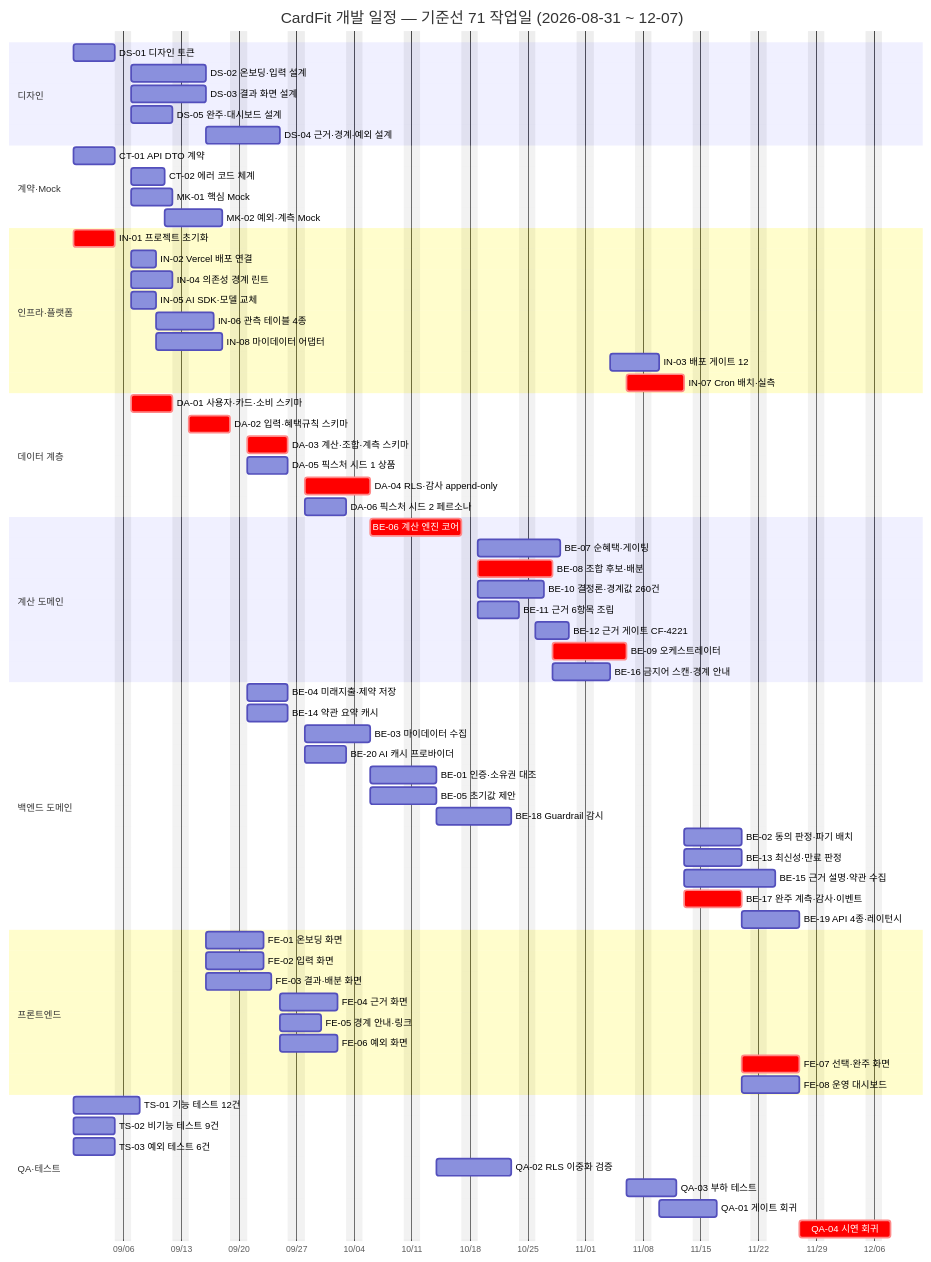
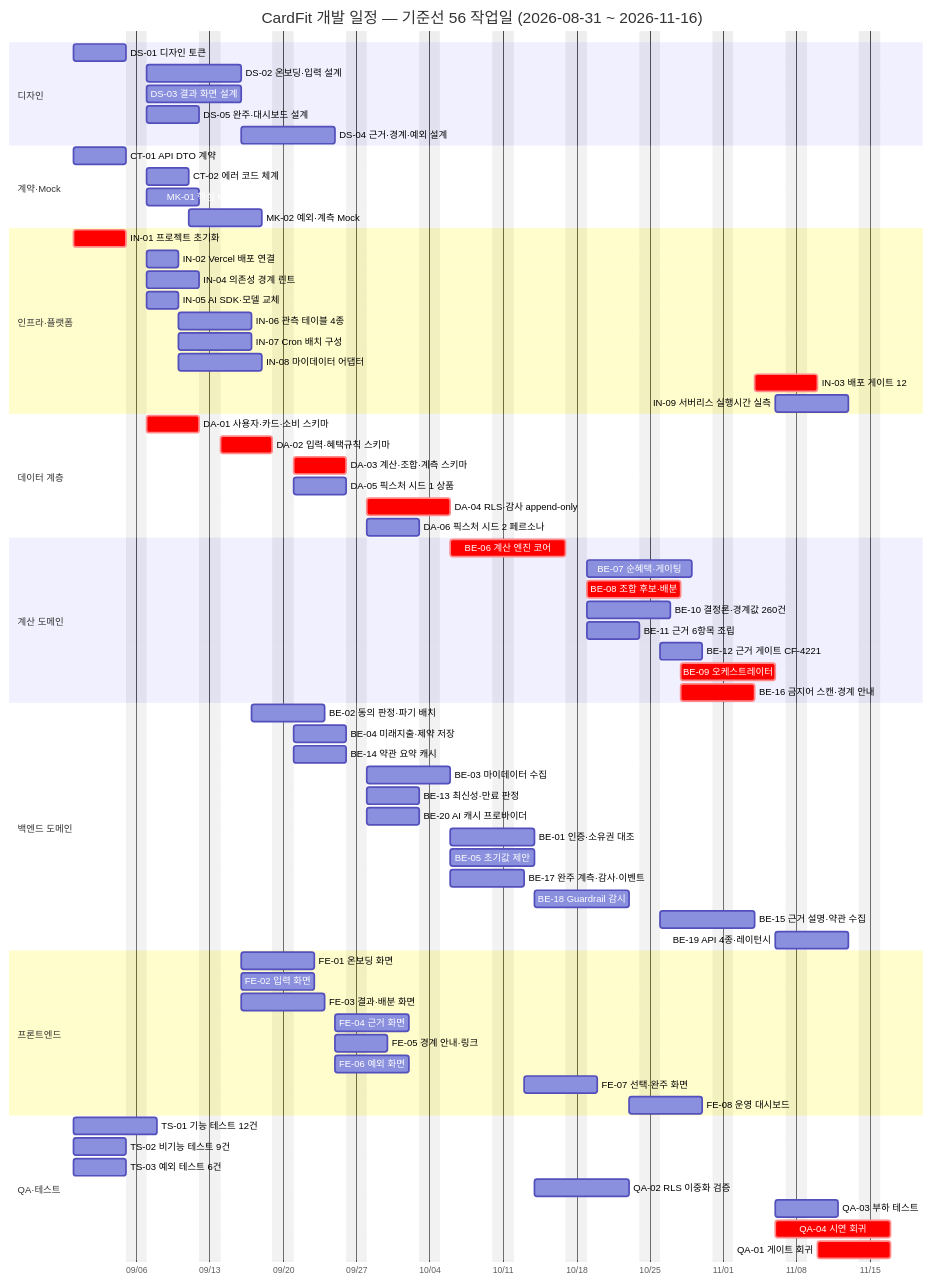
Before and after one commit to maybeaj/cardfit-prd-to-srs: the fourth of 4 diagrams in docs/[개발 실행 총괄] CardFit (한글).md, drawn with Mermaid. The commit also changed other lines of this file and 9 other files, not shown here.

````diff
--- a/docs/[개발 실행 총괄] CardFit (한글).md
+++ b/docs/[개발 실행 총괄] CardFit (한글).md
@@ -367,81 +366,82 @@
 ```mermaid
 gantt
-    title CardFit 개발 일정 — 기준선 71 작업일 (2026-08-31 ~ 12-07)
+    title CardFit 개발 일정 — 기준선 56 작업일 (2026-08-31 ~ 2026-11-16)
     dateFormat YYYY-MM-DD
     axisFormat %m/%d
     excludes weekends
 
     section 디자인
-    DS-01 디자인 토큰 :ds01, 2026-08-31, 5d
-    DS-02 온보딩·입력 설계 :ds02, 2026-09-07, 7d
-    DS-03 결과 화면 설계 :ds03, 2026-09-07, 7d
-    DS-05 완주·대시보드 설계 :ds05, 2026-09-07, 5d
-    DS-04 근거·경계·예외 설계 :ds04, 2026-09-16, 7d
+    DS-01 디자인 토큰 :baseds01, 2026-08-31, 5d
+    DS-02 온보딩·입력 설계 :baseds02, 2026-09-07, 7d
+    DS-03 결과 화면 설계 :baseds03, 2026-09-07, 7d
+    DS-05 완주·대시보드 설계 :baseds05, 2026-09-07, 5d
+    DS-04 근거·경계·예외 설계 :baseds04, 2026-09-16, 7d
 
     section 계약·Mock
-    CT-01 API DTO 계약 :ct01, 2026-08-31, 5d
-    CT-02 에러 코드 체계 :ct02, 2026-09-07, 4d
-    MK-01 핵심 Mock :mk01, 2026-09-07, 5d
-    MK-02 예외·계측 Mock :mk02, 2026-09-11, 5d
+    CT-01 API DTO 계약 :basect01, 2026-08-31, 5d
+    CT-02 에러 코드 체계 :basect02, 2026-09-07, 4d
+    MK-01 핵심 Mock :basemk01, 2026-09-07, 5d
+    MK-02 예외·계측 Mock :basemk02, 2026-09-11, 5d
 
     section 인프라·플랫폼
-    IN-01 프로젝트 초기화 :crit, in01, 2026-08-31, 5d
-    IN-02 Vercel 배포 연결 :in02, 2026-09-07, 3d
-    IN-04 의존성 경계 린트 :in04, 2026-09-07, 5d
-    IN-05 AI SDK·모델 교체 :in05, 2026-09-07, 3d
-    IN-06 관측 테이블 4종 :in06, 2026-09-10, 5d
-    IN-08 마이데이터 어댑터 :in08, 2026-09-10, 6d
-    IN-03 배포 게이트 12 :in03, 2026-11-04, 4d
-    IN-07 Cron 배치·실측 :crit, in07, 2026-11-06, 5d
+    IN-01 프로젝트 초기화 :crit, basein01, 2026-08-31, 5d
+    IN-02 Vercel 배포 연결 :basein02, 2026-09-07, 3d
+    IN-04 의존성 경계 린트 :basein04, 2026-09-07, 5d
+    IN-05 AI SDK·모델 교체 :basein05, 2026-09-07, 3d
+    IN-06 관측 테이블 4종 :basein06, 2026-09-10, 5d
+    IN-07 Cron 배치 구성 :basein07, 2026-09-10, 5d
+    IN-08 마이데이터 어댑터 :basein08, 2026-09-10, 6d
+    IN-03 배포 게이트 12 :crit, basein03, 2026-11-04, 4d
+    IN-09 서버리스 실행시간 실측 :basein09, 2026-11-06, 5d
 
     section 데이터 계층
-    DA-01 사용자·카드·소비 스키마 :crit, da01, 2026-09-07, 5d
-    DA-02 입력·혜택규칙 스키마 :crit, da02, 2026-09-14, 5d
-    DA-03 계산·조합·계측 스키마 :crit, da03, 2026-09-21, 5d
-    DA-05 픽스처 시드 1 상품 :da05, 2026-09-21, 5d
-    DA-04 RLS·감사 append-only :crit, da04, 2026-09-28, 6d
-    DA-06 픽스처 시드 2 페르소나 :da06, 2026-09-28, 5d
+    DA-01 사용자·카드·소비 스키마 :crit, baseda01, 2026-09-07, 5d
+    DA-02 입력·혜택규칙 스키마 :crit, baseda02, 2026-09-14, 5d
+    DA-03 계산·조합·계측 스키마 :crit, baseda03, 2026-09-21, 5d
+    DA-05 픽스처 시드 1 상품 :baseda05, 2026-09-21, 5d
+    DA-04 RLS·감사 append-only :crit, baseda04, 2026-09-28, 6d
+    DA-06 픽스처 시드 2 페르소나 :baseda06, 2026-09-28, 5d
 
     section 계산 도메인
-    BE-06 계산 엔진 코어 :crit, be06, 2026-10-06, 9d
-    BE-07 순혜택·게이팅 :be07, 2026-10-19, 8d
-    BE-08 조합 후보·배분 :crit, be08, 2026-10-19, 7d
-    BE-10 결정론·경계값 260건 :be10, 2026-10-19, 6d
-    BE-11 근거 6항목 조립 :be11, 2026-10-19, 5d
-    BE-12 근거 게이트 CF-4221 :be12, 2026-10-26, 4d
-    BE-09 오케스트레이터 :crit, be09, 2026-10-28, 7d
-    BE-16 금지어 스캔·경계 안내 :be16, 2026-10-28, 5d
+    BE-06 계산 엔진 코어 :crit, basebe06, 2026-10-06, 9d
+    BE-07 순혜택·게이팅 :basebe07, 2026-10-19, 8d
+    BE-08 조합 후보·배분 :crit, basebe08, 2026-10-19, 7d
+    BE-10 결정론·경계값 260건 :basebe10, 2026-10-19, 6d
+    BE-11 근거 6항목 조립 :basebe11, 2026-10-19, 5d
+    BE-12 근거 게이트 CF-4221 :basebe12, 2026-10-26, 4d
+    BE-09 오케스트레이터 :crit, basebe09, 2026-10-28, 7d
+    BE-16 금지어 스캔·경계 안내 :crit, basebe16, 2026-10-28, 5d
 
     section 백엔드 도메인
-    BE-04 미래지출·제약 저장 :be04, 2026-09-21, 5d
-    BE-14 약관 요약 캐시 :be14, 2026-09-21, 5d
-    BE-03 마이데이터 수집 :be03, 2026-09-28, 6d
-    BE-20 AI 캐시 프로바이더 :be20, 2026-09-28, 5d
-    BE-01 인증·소유권 대조 :be01, 2026-10-06, 6d
-    BE-05 초기값 제안 :be05, 2026-10-06, 6d
-    BE-18 Guardrail 감시 :be18, 2026-10-14, 7d
-    BE-02 동의 판정·파기 배치 :be02, 2026-11-13, 5d
-    BE-13 최신성·만료 판정 :be13, 2026-11-13, 5d
-    BE-15 근거 설명·약관 수집 :be15, 2026-11-13, 7d
-    BE-17 완주 계측·감사·이벤트 :crit, be17, 2026-11-13, 5d
-    BE-19 API 4종·레이턴시 :be19, 2026-11-20, 5d
+    BE-02 동의 판정·파기 배치 :basebe02, 2026-09-17, 5d
+    BE-04 미래지출·제약 저장 :basebe04, 2026-09-21, 5d
+    BE-14 약관 요약 캐시 :basebe14, 2026-09-21, 5d
+    BE-03 마이데이터 수집 :basebe03, 2026-09-28, 6d
+    BE-13 최신성·만료 판정 :basebe13, 2026-09-28, 5d
+    BE-20 AI 캐시 프로바이더 :basebe20, 2026-09-28, 5d
+    BE-01 인증·소유권 대조 :basebe01, 2026-10-06, 6d
+    BE-05 초기값 제안 :basebe05, 2026-10-06, 6d
+    BE-17 완주 계측·감사·이벤트 :basebe17, 2026-10-06, 5d
+    BE-18 Guardrail 감시 :basebe18, 2026-10-14, 7d
+    BE-15 근거 설명·약관 수집 :basebe15, 2026-10-26, 7d
+    BE-19 API 4종·레이턴시 :basebe19, 2026-11-06, 5d
 
     section 프론트엔드
-    FE-01 온보딩 화면 :fe01, 2026-09-16, 5d
-    FE-02 입력 화면 :fe02, 2026-09-16, 5d
-    FE-03 결과·배분 화면 :fe03, 2026-09-16, 6d
-    FE-04 근거 화면 :fe04, 2026-09-25, 5d
-    FE-05 경계 안내·링크 :fe05, 2026-09-25, 3d
-    FE-06 예외 화면 :fe06, 2026-09-25, 5d
-    FE-07 선택·완주 화면 :crit, fe07, 2026-11-20, 5d
-    FE-08 운영 대시보드 :fe08, 2026-11-20, 5d
+    FE-01 온보딩 화면 :basefe01, 2026-09-16, 5d
+    FE-02 입력 화면 :basefe02, 2026-09-16, 5d
+    FE-03 결과·배분 화면 :basefe03, 2026-09-16, 6d
+    FE-04 근거 화면 :basefe04, 2026-09-25, 5d
+    FE-05 경계 안내·링크 :basefe05, 2026-09-25, 3d
+    FE-06 예외 화면 :basefe06, 2026-09-25, 5d
+    FE-07 선택·완주 화면 :basefe07, 2026-10-13, 5d
+    FE-08 운영 대시보드 :basefe08, 2026-10-23, 5d
 
     section QA·테스트
-    TS-01 기능 테스트 12건 :ts01, 2026-08-31, 6d
-    TS-02 비기능 테스트 9건 :ts02, 2026-08-31, 5d
-    TS-03 예외 테스트 6건 :ts03, 2026-08-31, 5d
-    QA-02 RLS 이중화 검증 :qa02, 2026-10-14, 7d
-    QA-03 부하 테스트 :qa03, 2026-11-06, 4d
-    QA-01 게이트 회귀 :qa01, 2026-11-10, 5d
-    QA-04 시연 회귀 :crit, qa04, 2026-11-27, 7d
+    TS-01 기능 테스트 12건 :basets01, 2026-08-31, 6d
+    TS-02 비기능 테스트 9건 :basets02, 2026-08-31, 5d
+    TS-03 예외 테스트 6건 :basets03, 2026-08-31, 5d
+    QA-02 RLS 이중화 검증 :baseqa02, 2026-10-14, 7d
+    QA-03 부하 테스트 :baseqa03, 2026-11-06, 4d
+    QA-04 시연 회귀 :crit, baseqa04, 2026-11-06, 7d
+    QA-01 게이트 회귀 :crit, baseqa01, 2026-11-10, 5d
 ```
````
